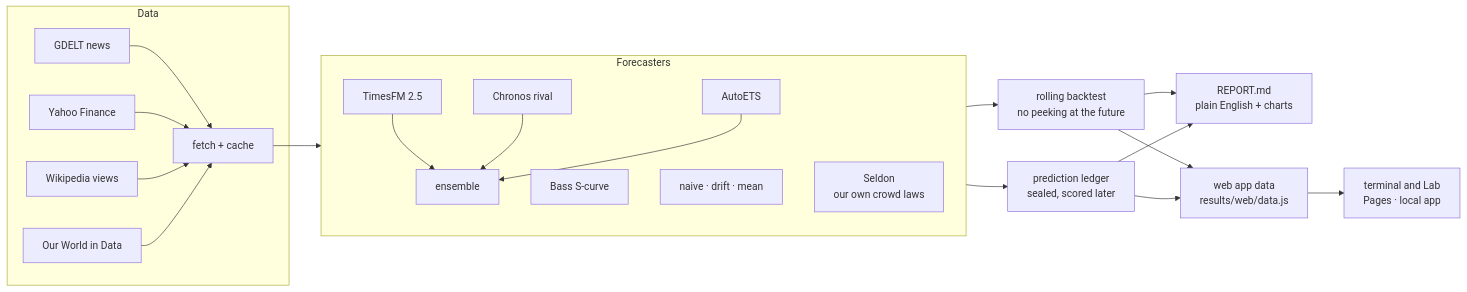
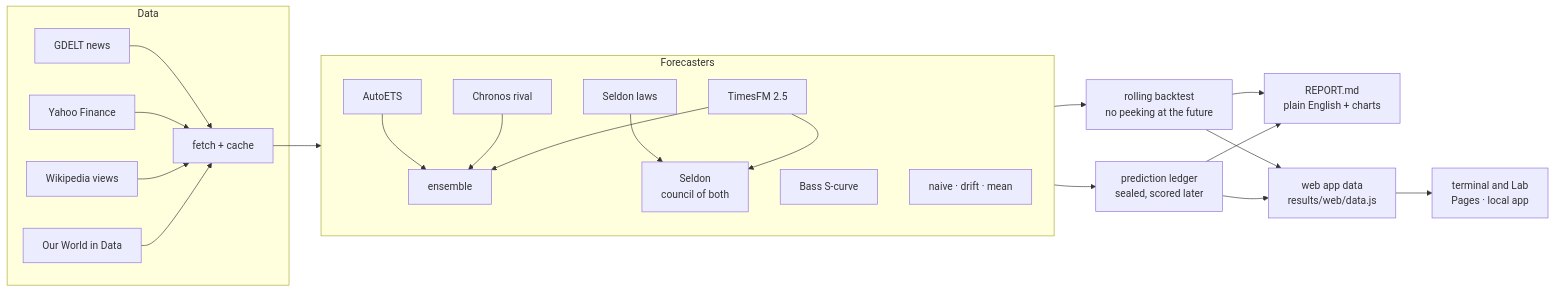
One commit to Normansrule/world-predictor changed the diagram in README.md. Above: the diagram before and after it, drawn with Mermaid. The commit also changed other lines of this file and 90 other files, not shown here.

````diff
--- a/README.md
+++ b/README.md
@@ -433,26 +732,27 @@
 ```mermaid
 flowchart LR
   subgraph Data
     G[GDELT news] --> F
     Y[Yahoo Finance] --> F
     W[Wikipedia views] --> F
     O[Our World in Data] --> F
   end
   F[fetch + cache] --> M
   subgraph M [Forecasters]
     T[TimesFM 2.5]
     C[Chronos rival]
     E[AutoETS]
     B[Bass S-curve]
     N[naive · drift · mean]
-    S[Seldon<br/>our own crowd laws]
+    SL[Seldon laws]
     T & C & E --> EN[ensemble]
+    T & SL --> S[Seldon<br/>council of both]
   end
   M --> BT[rolling backtest<br/>no peeking at the future]
   M --> L[prediction ledger<br/>sealed, scored later]
   BT --> R[REPORT.md<br/>plain English + charts]
   L --> R
   BT --> A[web app data<br/>results/web/data.js]
   L --> A
   A --> APP[terminal and Lab<br/>Pages · local app]
 ```
````
